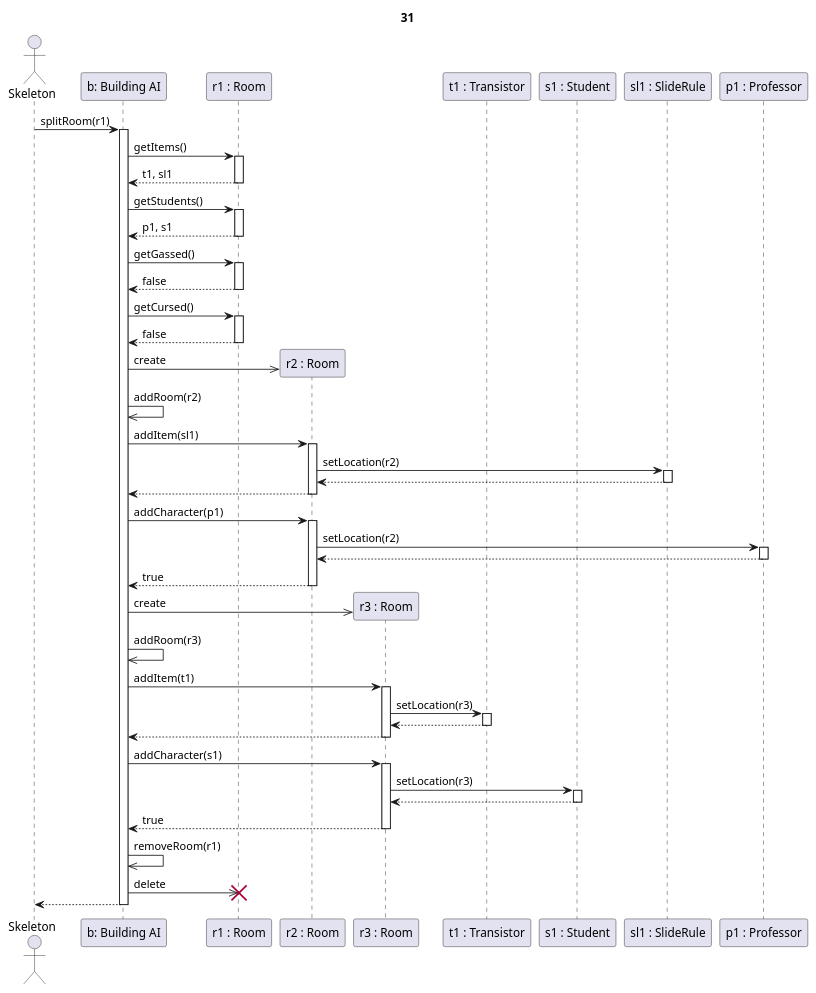
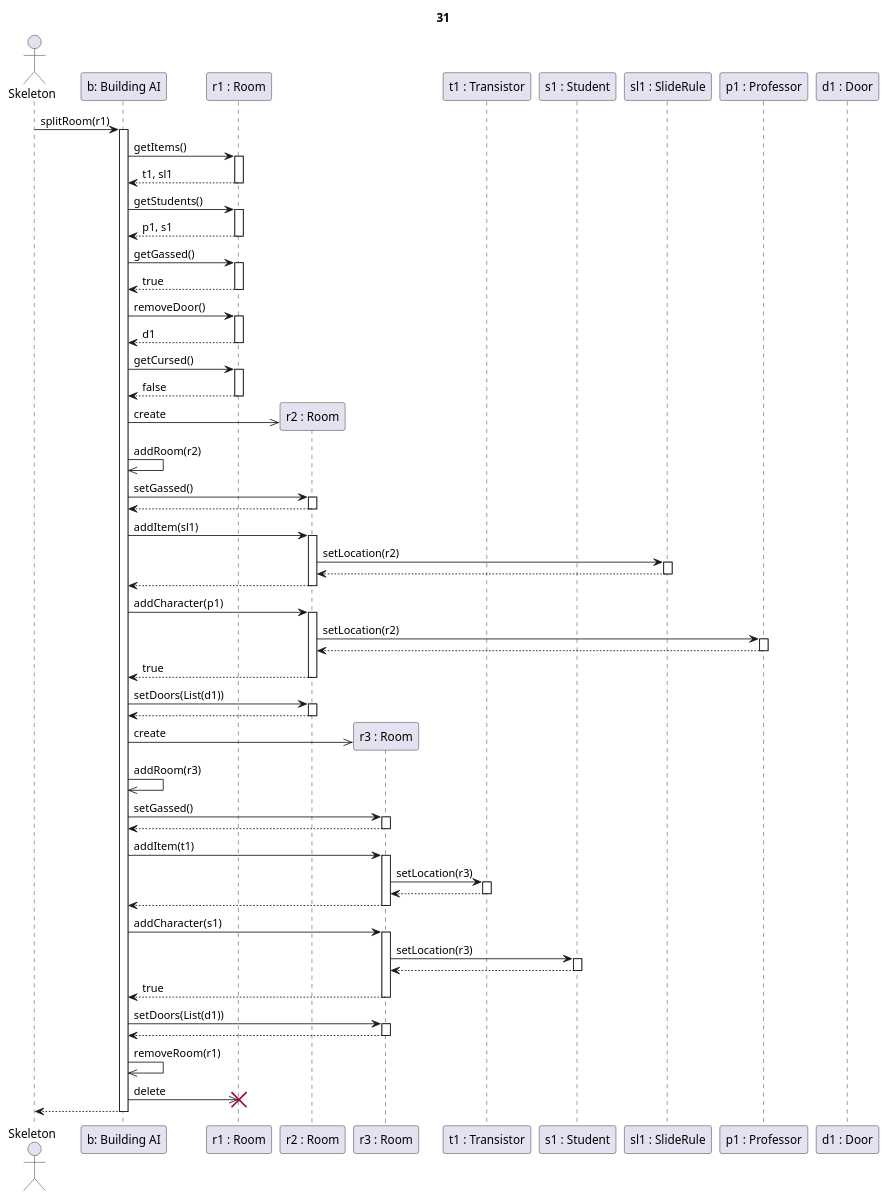
One commit to kipolaris/skyrimscriptsuttogok changed the diagram in partII_sequence diagrams/31.puml. Above: the diagram before and after it, drawn with PlantUML. The commit also changed 110 other files, not shown here.

Commit message:
finalize partII sequence diagrams

```diff
--- a/partII_sequence diagrams/31.puml
+++ b/partII_sequence diagrams/31.puml
@@ -1,74 +1,90 @@
-@startuml Szoba split sikeres
+@startuml Szoba split sikeres eredetileg gázos szobával
 
 title 31
 
 actor Skeleton as sk
 participant "b: Building AI" as ai
 
 participant "r1 : Room" as r1
 participant "r2 : Room" as r2
 participant "r3 : Room" as r3
 
 participant "t1 : Transistor" as t1
 participant "s1 : Student" as s1
 participant "sl1 : SlideRule" as sl
 participant "p1 : Professor" as p1
+participant "d1 : Door" as d1
 
 
 
 sk->ai ++: splitRoom(r1)
 
 ai->r1 ++: getItems()
 r1-->ai --: t1, sl1
 
 ai->r1 ++: getStudents()
 r1-->ai --: p1, s1
 
 ai->r1 ++: getGassed()
-r1-->ai --: false
+r1-->ai --: true
+
+ai->r1 ++: removeDoor()
+return d1
 
 ai->r1 ++: getCursed()
 r1-->ai --: false
 
-
-
 ai->>r2 **: create
 ai->>ai : addRoom(r2)
+
+ai->r2 ++: setGassed()
+return
+
 ai->r2 ++: addItem(sl1)
 
 r2->sl ++: setLocation(r2)
 return
 
 r2-->ai --:
 ai->r2 ++: addCharacter(p1)
 
 r2->p1 ++: setLocation(r2)
 return
 
 r2-->ai --: true
 
+ai->r2 ++: setDoors(List(d1))
+return
+
 
 
 ai->>r3 **: create
 ai->>ai : addRoom(r3)
+
+ai->r3 ++: setGassed()
+return
+
 ai->r3 ++: addItem(t1)
 
 r3->t1 ++: setLocation(r3)
 return
 
 r3-->ai --:
 
 ai->r3 ++: addCharacter(s1)
 
 r3->s1 ++: setLocation(r3)
 return
 
 r3-->ai --: true
 
+ai->r3 ++: setDoors(List(d1))
+return
+
 
 ai->>ai : removeRoom(r1)
 ai->>r1 !!: delete
 
 ai-->sk --:
 
 @enduml
```
